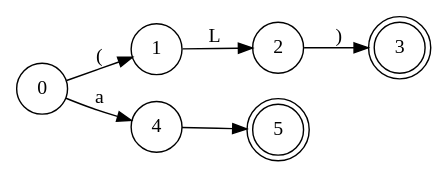
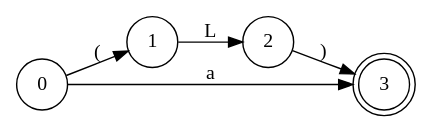
Before and after one commit to xy3xy3/CompilerTheoryAssignment: the diagram in Theory/4/1.dot, drawn with Graphviz. The commit also changed 6 other files, not shown here.

```diff
--- a/Theory/4/1.dot
+++ b/Theory/4/1.dot
@@ -1,16 +1,13 @@
 digraph S {
     rankdir=LR;
     // 状态图 for S -> (L) | a
     0 [shape=circle, label="0"];
     1 [shape=circle, label="1"];
     2 [shape=circle, label="2"];
     3 [shape=doublecircle, label="3"];
-    4 [shape=circle, label="4"];
-    5 [shape=doublecircle, label="5"];
 
     0 -> 1 [label="("];
     1 -> 2 [label="L"];
     2 -> 3 [label=")"];
-    0 -> 4 [label="a"];
-    4 -> 5;
+    0 -> 3 [label="a"];
 }
```
